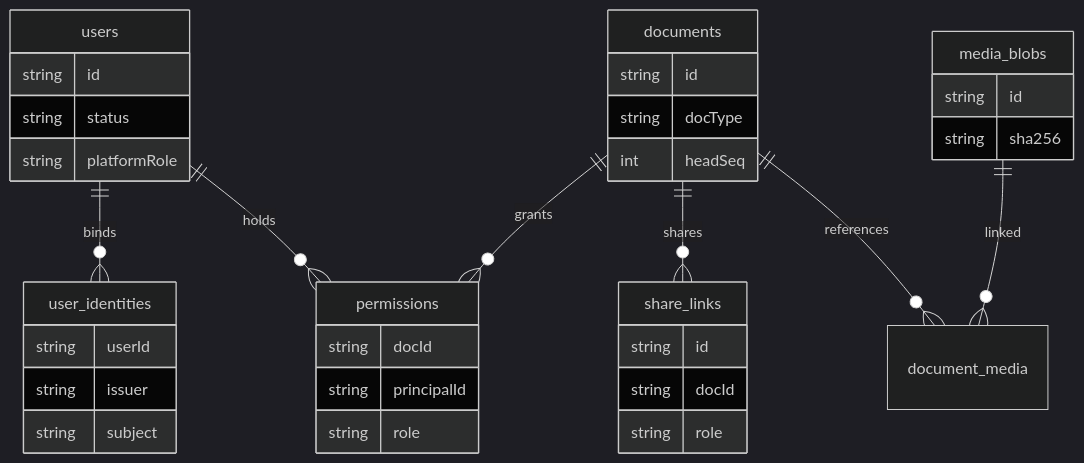
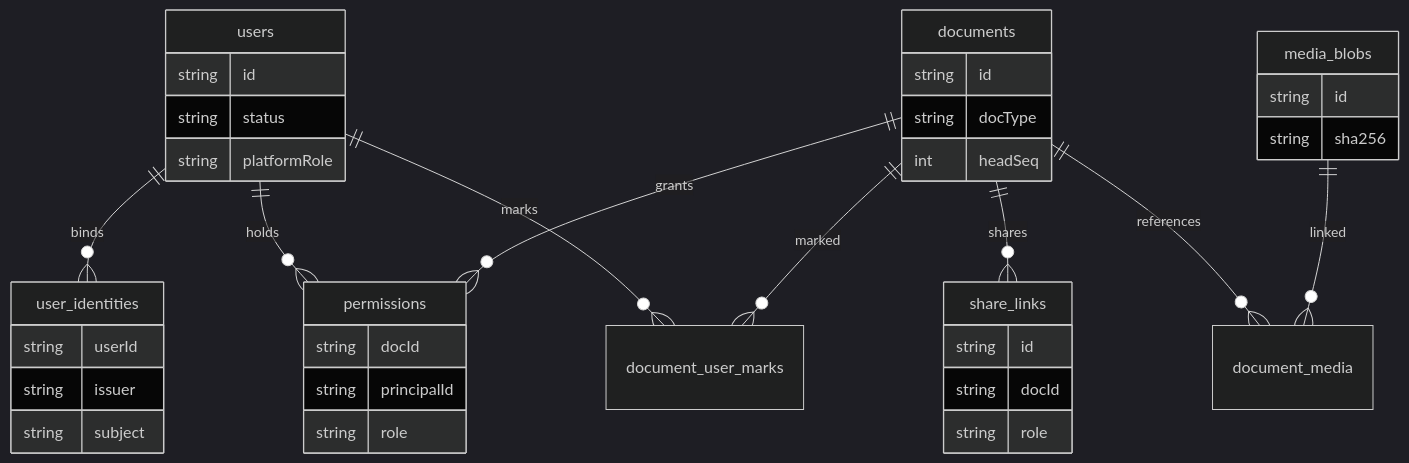
The second of 8 diagrams in docs/40-modules/08-server-identity-documents-and-storage.md (Xeonice/cordis-ppt-editor), drawn with Mermaid (dark theme) before and after one commit. The commit also changed other lines of this file and 22 other files, not shown here.

First line of the commit message:
docs(modules): 新增架构图集 18/19，补图并按 §4.18 回写模块设计线

````diff
--- a/docs/40-modules/08-server-identity-documents-and-storage.md
+++ b/docs/40-modules/08-server-identity-documents-and-storage.md
@@ -125,38 +126,40 @@
 ```mermaid
 erDiagram
 users ||--o{ user_identities : binds
 users ||--o{ permissions : holds
 documents ||--o{ permissions : grants
 documents ||--o{ share_links : shares
 documents ||--o{ document_media : references
 media_blobs ||--o{ document_media : linked
+users ||--o{ document_user_marks : marks
+documents ||--o{ document_user_marks : marked
 users {
   string id
   string status
   string platformRole
 }
 user_identities {
   string userId
   string issuer
   string subject
 }
 documents {
   string id
   string docType
   int headSeq
 }
 permissions {
   string docId
   string principalId
   string role
 }
 share_links {
   string id
   string docId
   string role
 }
 media_blobs {
   string id
   string sha256
 }
 ```
````
